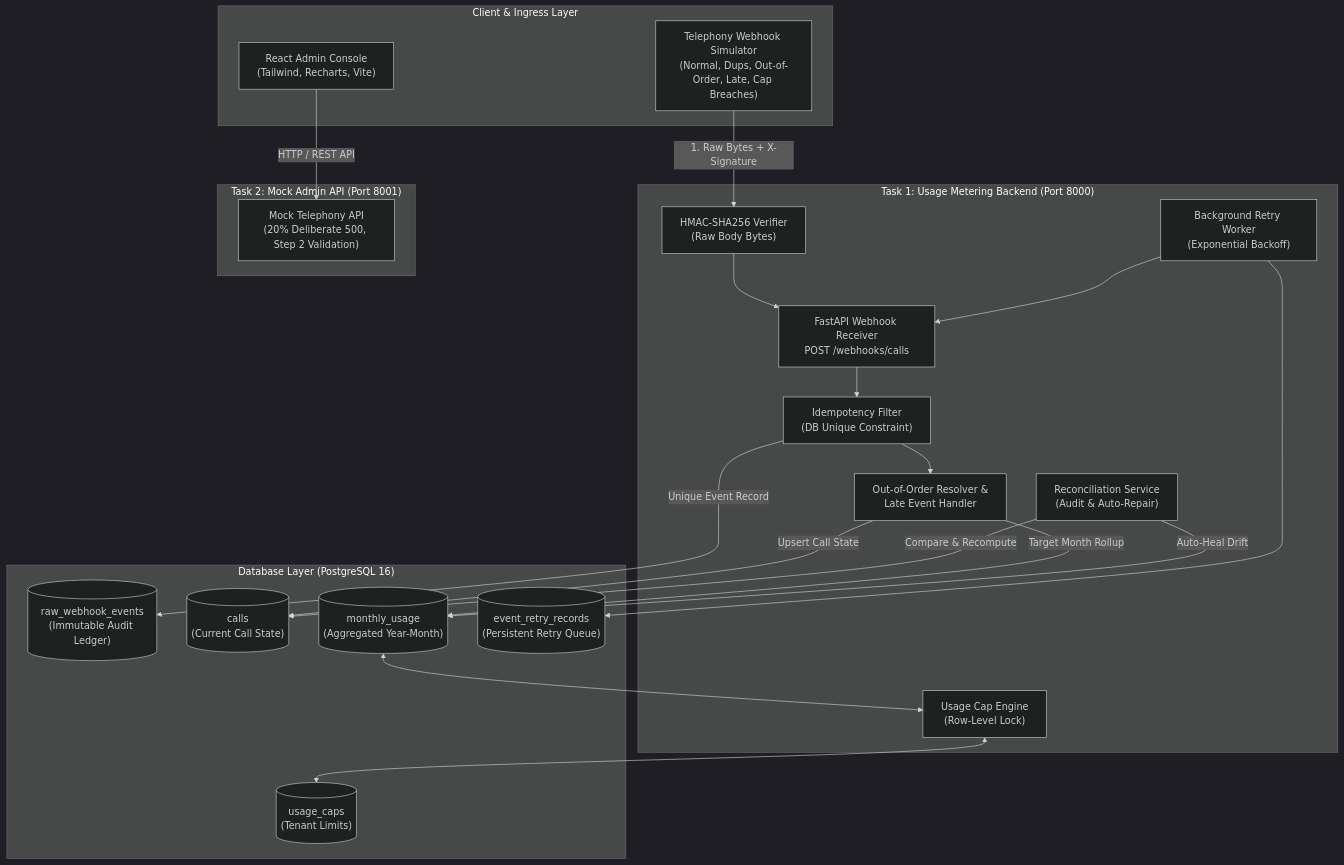
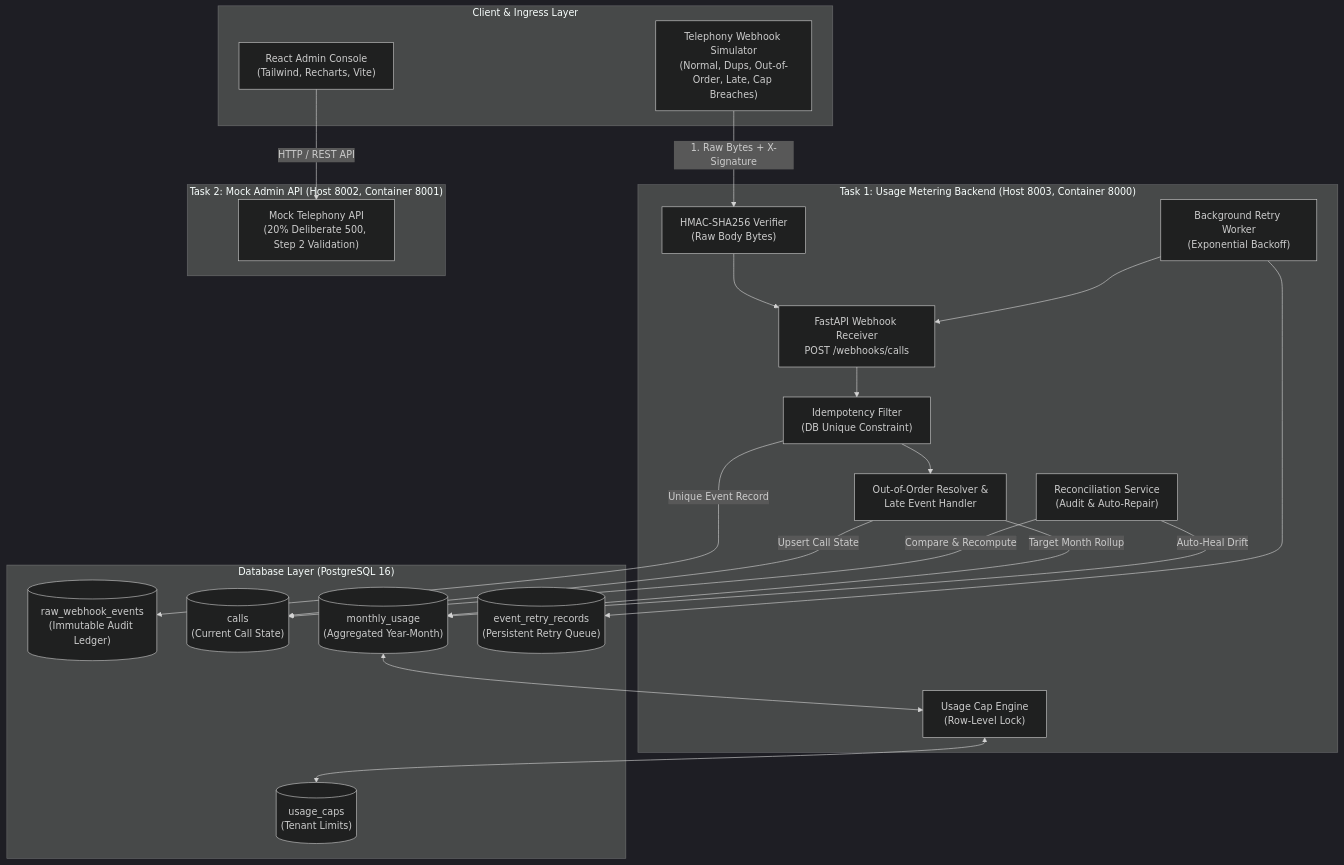
One commit to Bikkinajeswanth/callzo changed the diagram in docs/architecture.md. Above: the diagram before and after it, drawn with Mermaid (dark theme). The commit also changed 15 other files, not shown here.

````diff
--- a/docs/architecture.md
+++ b/docs/architecture.md
@@ -5,47 +5,47 @@
 ```mermaid
 flowchart TD
     subgraph Client_Layer ["Client & Ingress Layer"]
         Sim["Telephony Webhook Simulator<br/>(Normal, Dups, Out-of-Order, Late, Cap Breaches)"]
         Browser["React Admin Console<br/>(Tailwind, Recharts, Vite)"]
     end
 
-    subgraph Task1_Backend ["Task 1: Usage Metering Backend (Port 8000)"]
+    subgraph Task1_Backend ["Task 1: Usage Metering Backend (Host 8003, Container 8000)"]
         Ingress["FastAPI Webhook Receiver<br/>POST /webhooks/calls"]
         HMAC["HMAC-SHA256 Verifier<br/>(Raw Body Bytes)"]
         Idem["Idempotency Filter<br/>(DB Unique Constraint)"]
         OOO["Out-of-Order Resolver &<br/>Late Event Handler"]
         CapEng["Usage Cap Engine<br/>(Row-Level Lock)"]
         Recon["Reconciliation Service<br/>(Audit & Auto-Repair)"]
         Worker["Background Retry Worker<br/>(Exponential Backoff)"]
     end
 
-    subgraph Task2_Backend ["Task 2: Mock Admin API (Port 8001)"]
+    subgraph Task2_Backend ["Task 2: Mock Admin API (Host 8002, Container 8001)"]
         MockAPI["Mock Telephony API<br/>(20% Deliberate 500, Step 2 Validation)"]
     end
 
     subgraph Data_Storage ["Database Layer (PostgreSQL 16)"]
         RawEvents[("raw_webhook_events<br/>(Immutable Audit Ledger)")]
         Calls[("calls<br/>(Current Call State)")]
         Monthly[("monthly_usage<br/>(Aggregated Year-Month)")]
         Caps[("usage_caps<br/>(Tenant Limits)")]
         Retries[("event_retry_records<br/>(Persistent Retry Queue)")]
     end
 
     Sim -->|"1. Raw Bytes + X-Signature"| HMAC
     HMAC --> Ingress
     Ingress --> Idem
     Idem -->|"Unique Event Record"| RawEvents
     Idem --> OOO
     OOO -->|"Upsert Call State"| Calls
     OOO -->|"Target Month Rollup"| Monthly
     Monthly <--> CapEng
     CapEng <--> Caps
 
     Recon -->|"Compare & Recompute"| Calls
     Recon -->|"Auto-Heal Drift"| Monthly
 
     Worker --> Retries
     Worker --> Ingress
 
     Browser -->|"HTTP / REST API"| MockAPI
 ```
````
